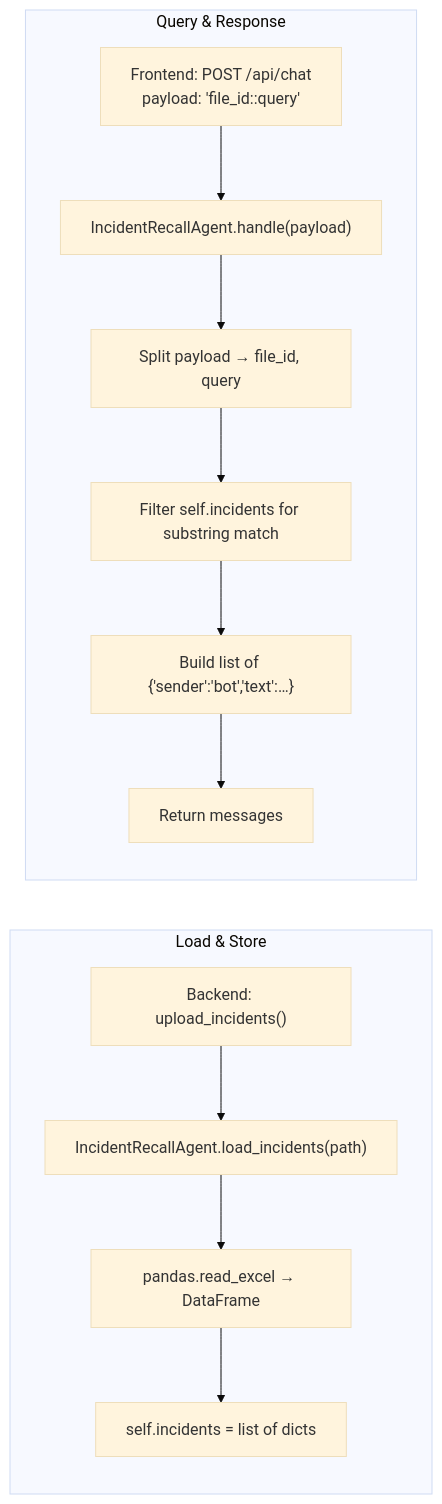
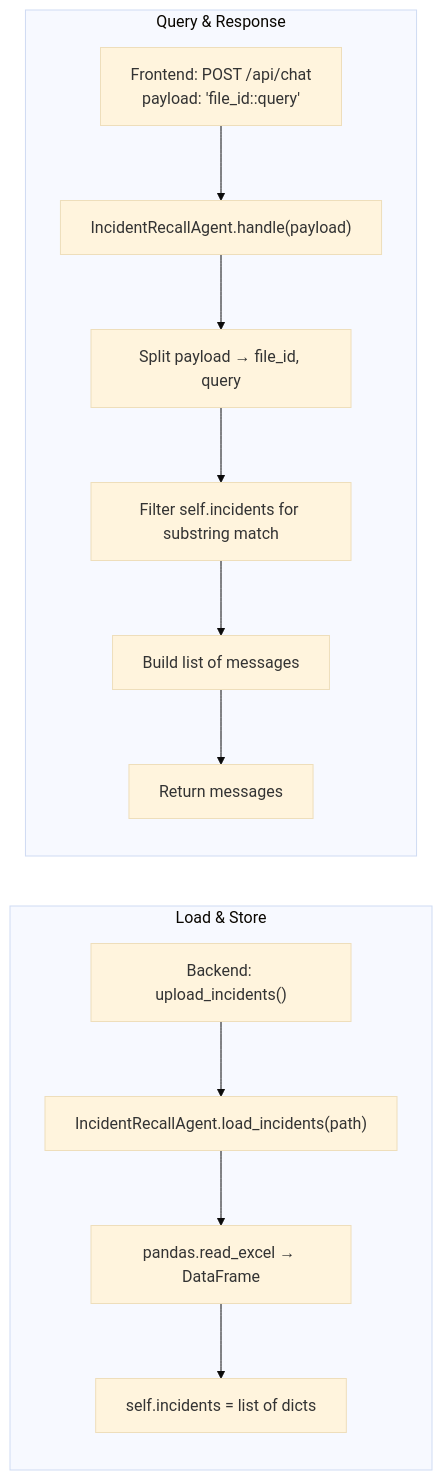
The second of 4 diagrams in AGENTS.md (bluntjoint/agentic-ai), drawn with Mermaid (base theme) before and after one commit. The commit also changed other lines of this file, not shown here.

Commit message:
feat: fix agent flow errors

````diff
--- a/AGENTS.md
+++ b/AGENTS.md
@@ -29,16 +29,16 @@
 ```mermaid
 flowchart LR
-  subgraph Load & Store
+  subgraph Load_Store["Load & Store"]
     A["Backend: upload_incidents()"] --> B["IncidentRecallAgent.load_incidents(path)"]
     B --> C["pandas.read_excel → DataFrame"]
     C --> D["self.incidents = list of dicts"]
   end
 
-  subgraph Query & Response
-    E["Frontend: POST /api/chat\npayload: 'file_id::query'"] --> F["IncidentRecallAgent.handle(payload)"]
+  subgraph Query_Response["Query & Response"]
+    E["Frontend: POST /api/chat<br/>payload: 'file_id::query'"] --> F["IncidentRecallAgent.handle(payload)"]
     F --> G["Split payload → file_id, query"]
     G --> H["Filter self.incidents for substring match"]
-    H --> I["Build list of {'sender':'bot','text':…}"]
+    H --> I["Build list of messages"]
     I --> J["Return messages"]
   end
 ```
````
